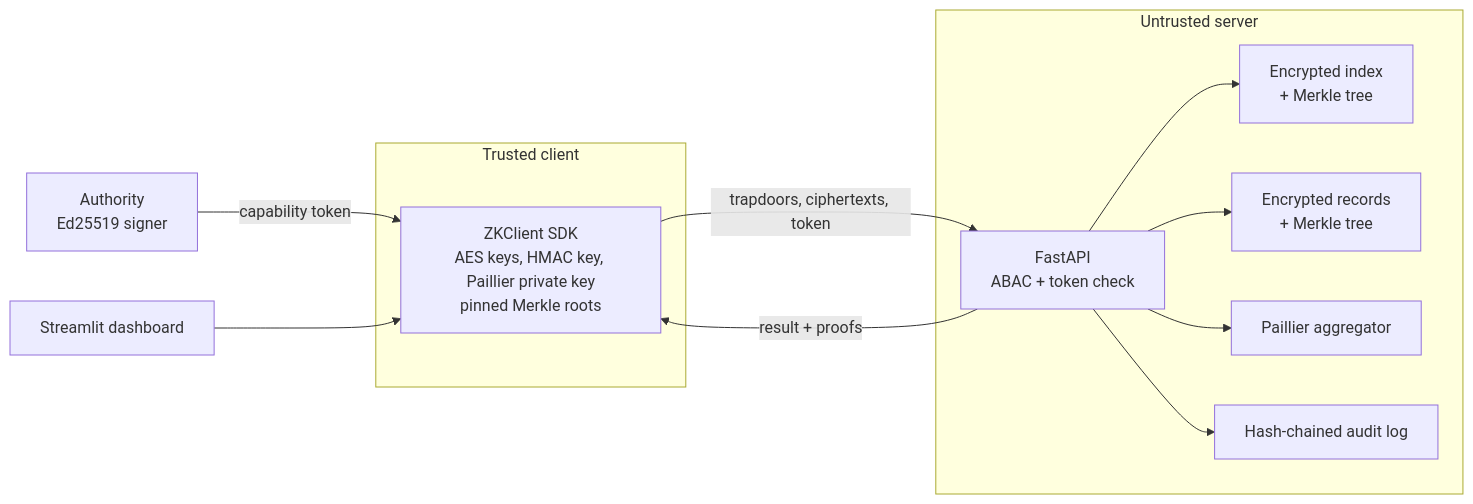
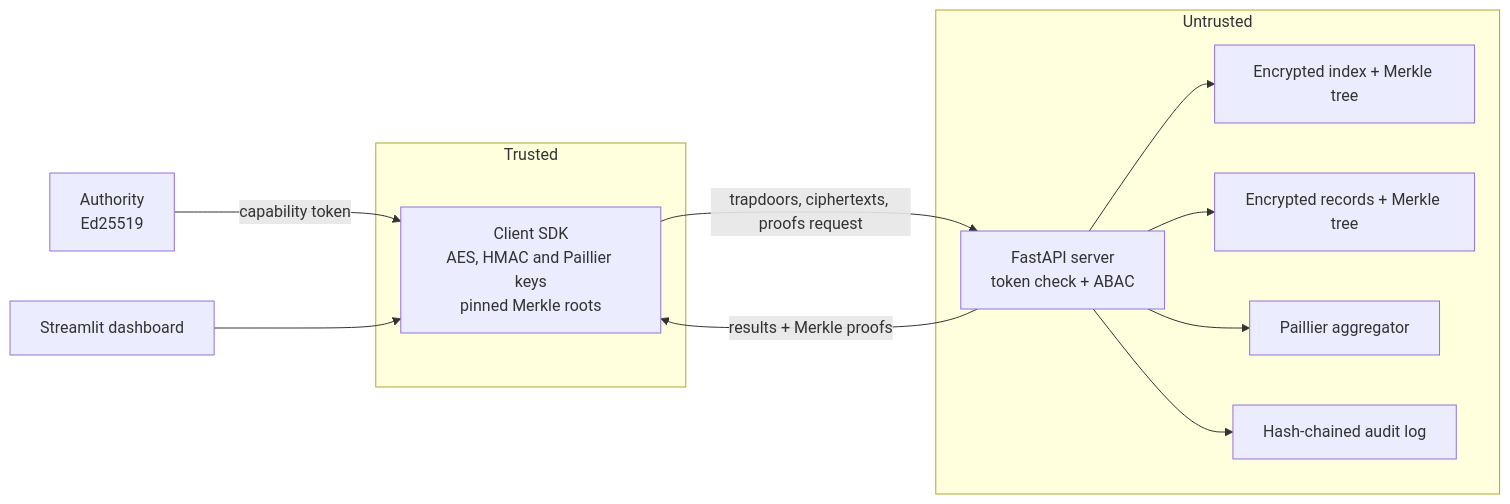
One commit to AayushCodes-28/Multi-tenant-zk-engine changed the diagram in README.md. Above: the diagram before and after it, drawn with Mermaid. The commit also changed other lines of this file, not shown here.

````diff
--- a/README.md
+++ b/README.md
@@ -21,16 +26,16 @@
 ```mermaid
 flowchart LR
-    A[Authority<br/>Ed25519 signer] -->|capability token| C
-    subgraph Client[Trusted client]
-        C[ZKClient SDK<br/>AES keys, HMAC key, Paillier private key<br/>pinned Merkle roots]
+    A[Authority<br/>Ed25519] -- capability token --> C
+    subgraph Trusted
+        C[Client SDK<br/>AES, HMAC and Paillier keys<br/>pinned Merkle roots]
     end
-    C -->|trapdoors, ciphertexts, token| S
-    subgraph Server[Untrusted server]
-        S[FastAPI<br/>ABAC + token check] --> I[Encrypted index<br/>+ Merkle tree]
-        S --> R[Encrypted records<br/>+ Merkle tree]
+    C -- trapdoors, ciphertexts, proofs request --> S
+    subgraph Untrusted
+        S[FastAPI server<br/>token check + ABAC] --> I[Encrypted index + Merkle tree]
+        S --> R[Encrypted records + Merkle tree]
         S --> P[Paillier aggregator]
         S --> L[Hash-chained audit log]
     end
-    S -->|result + proofs| C
+    S -- results + Merkle proofs --> C
     D[Streamlit dashboard] --> C
 ```
````
